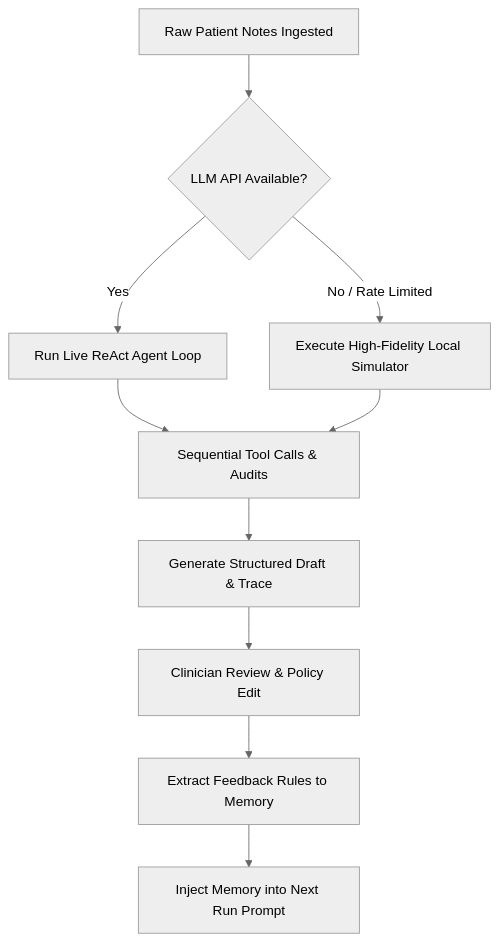
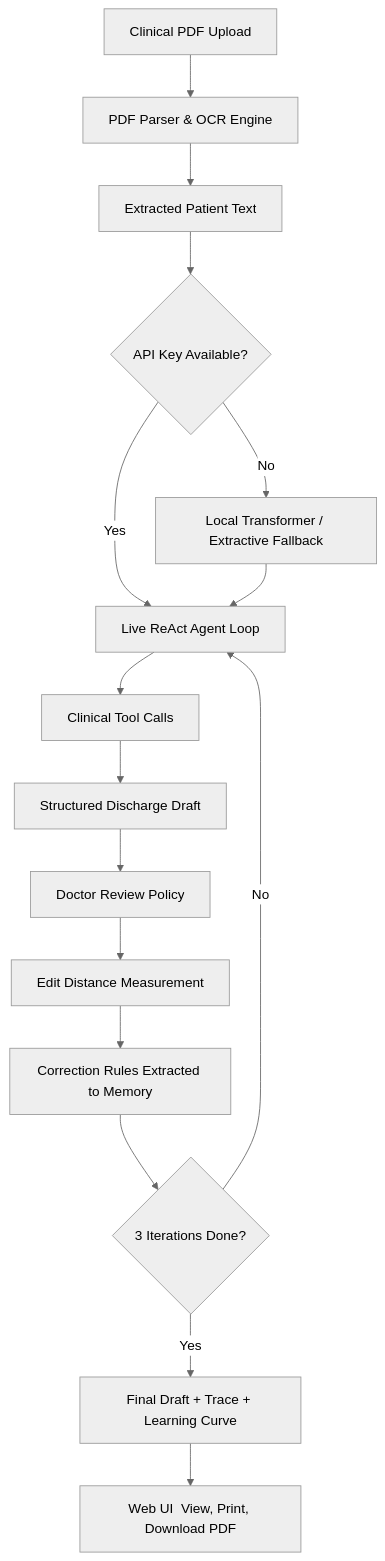
One commit to Asta-V22/Clinical-discharge-summary-agent changed the diagram in README.md. Above: the diagram before and after it, drawn with Mermaid (neutral theme). The commit also changed other lines of this file, not shown here.

````diff
--- a/README.md
+++ b/README.md
@@ -83,12 +23,18 @@
 ```mermaid
 graph TD
-    A[Raw Patient Notes Ingested] --> B{LLM API Available?}
-    B -- Yes --> C[Run Live ReAct Agent Loop]
-    B -- No / Rate Limited --> D[Execute High-Fidelity Local Simulator]
-    C --> E[Sequential Tool Calls & Audits]
-    D --> E
-    E --> F[Generate Structured Draft & Trace]
-    F --> G[Clinician Review & Policy Edit]
-    G --> H[Extract Feedback Rules to Memory]
-    H --> I[Inject Memory into Next Run Prompt]
+    A[Clinical PDF Upload] --> B[PDF Parser & OCR Engine]
+    B --> C[Extracted Patient Text]
+    C --> D{API Key Available?}
+    D -- Yes --> E[Live ReAct Agent Loop]
+    D -- No --> F[Local Transformer / Extractive Fallback]
+    E --> G[Clinical Tool Calls]
+    F --> E
+    G --> H[Structured Discharge Draft]
+    H --> I[Doctor Review Policy]
+    I --> J[Edit Distance Measurement]
+    J --> K[Correction Rules Extracted to Memory]
+    K --> L{3 Iterations Done?}
+    L -- No --> E
+    L -- Yes --> M[Final Draft + Trace + Learning Curve]
+    M --> N[Web UI  View, Print, Download PDF]
 ```
````
